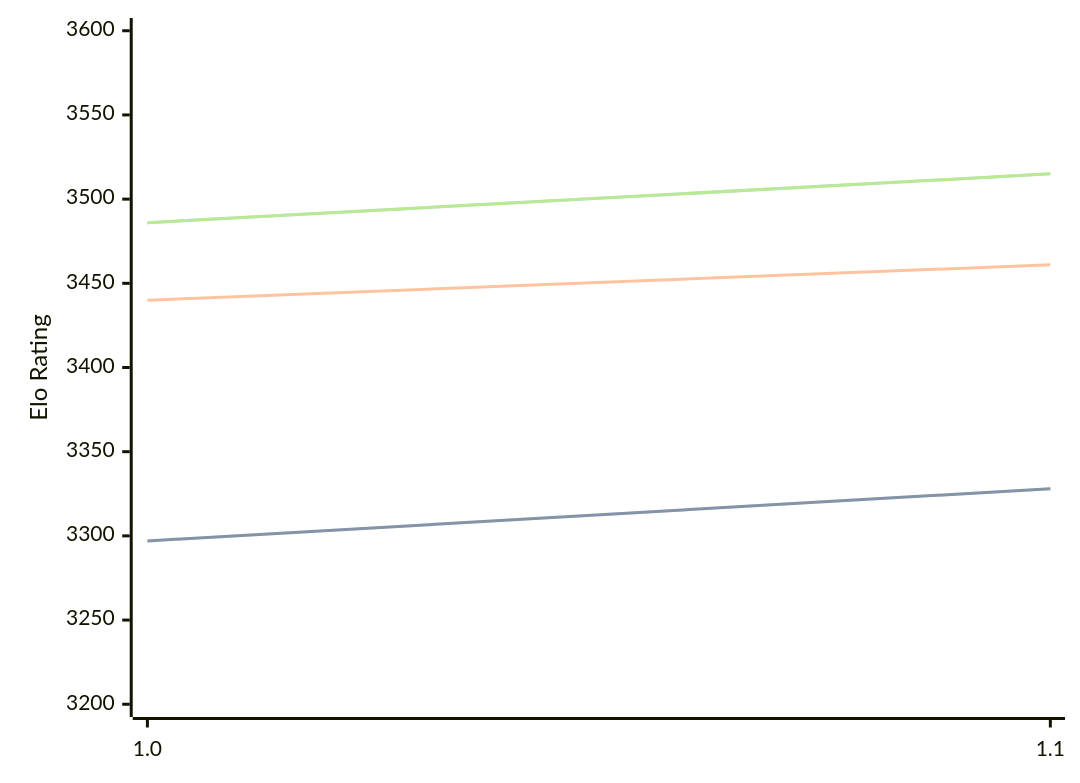
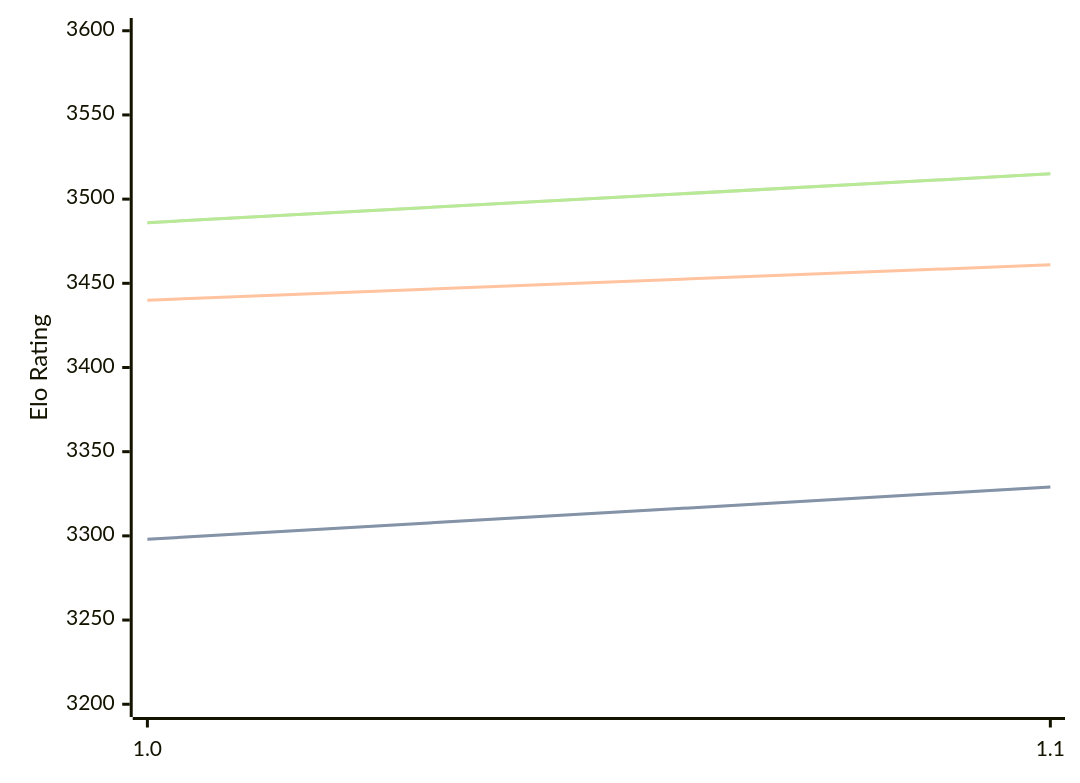
Before and after one commit to computer-chess-index/cci: the first of 3 diagrams in engines/Icarus.md, drawn with Mermaid. The commit also changed other lines of this file, not shown here.

````diff
--- a/engines/Icarus.md
+++ b/engines/Icarus.md
@@ -32,11 +32,11 @@
 ```mermaid
 %%{init: {"theme":"base","themeVariables":{"seriesColors:['#a3a3a3','#222221','#faa371']}}}%%
 xychart-beta
   x-axis ["1.0", "1.1"]
   y-axis "Elo Rating" 3200 --> 3600
-  line "STC (8.0+0.08s)" [3297, 3328]
-  line "STC (8.0+0.08s)" [3297, 3328]
+  line "STC (8.0+0.08s)" [3298, 3329]
+  line "STC (8.0+0.08s)" [3298, 3329]
   line "LTC (60.0+0.60s)" [3440, 3461]
   line "VLTC (2m24s+1.12s)" [3486, 3515]
   line "VLTC (2m24s+1.12s)" [3486, 3515]
 ```
````
